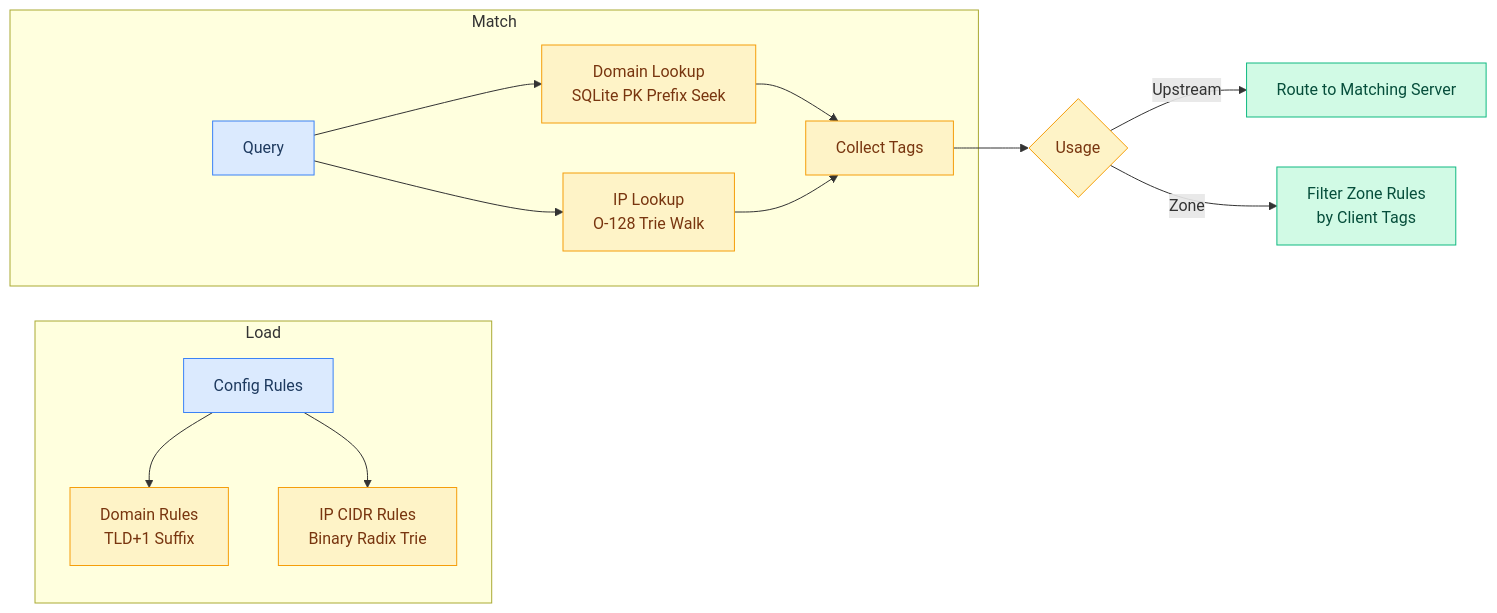
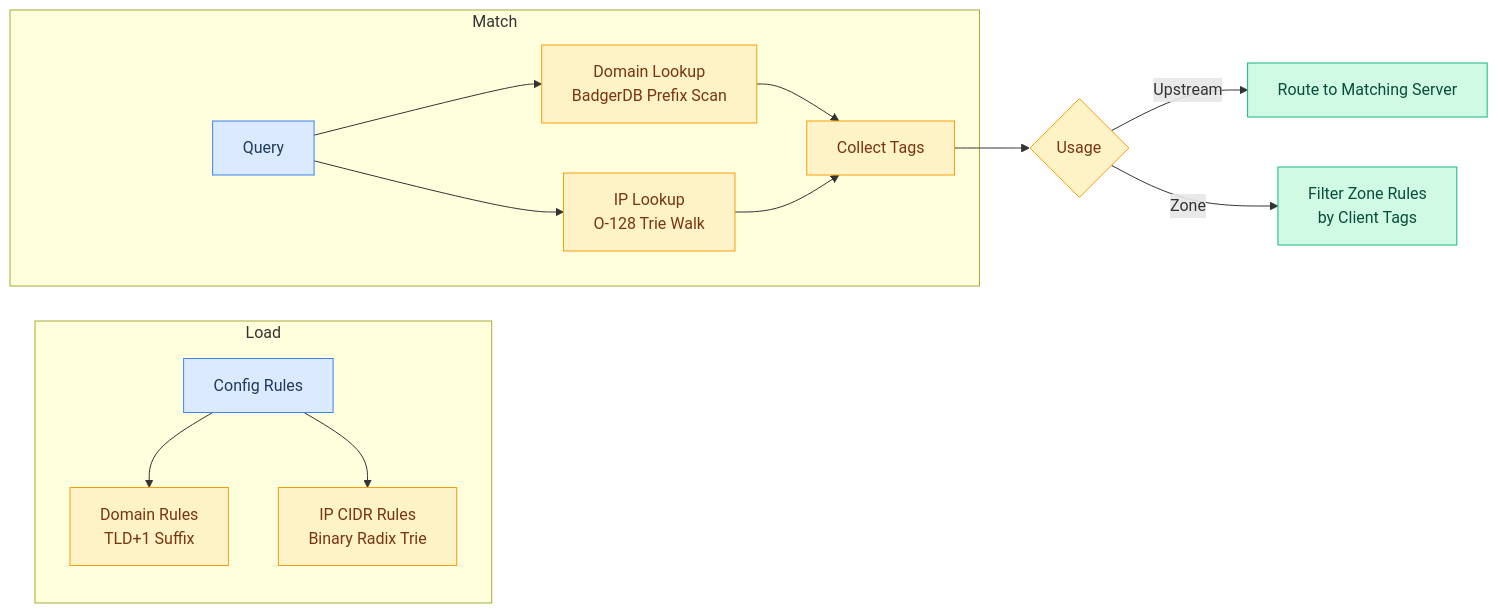
One commit to hezhijie0327/ZJDNS changed diagram 18 of 26 in docs/FLOWCHARTS.md. Above: the diagram before and after it, drawn with Mermaid. The commit also changed other lines of this file and 66 other files, not shown here.

Commit message:
refactor: replace SQLite with BadgerDB v4 as unified storage engine

````diff
--- a/docs/FLOWCHARTS.md
+++ b/docs/FLOWCHARTS.md
@@ -460,22 +460,22 @@
 ```mermaid
 graph LR
     subgraph Load
         CFG[Config Rules] --> DOM[Domain Rules<br/>TLD+1 Suffix]
         CFG --> IP[IP CIDR Rules<br/>Binary Radix Trie]
     end
     subgraph Match
-        Q[Query] --> DOMQ[Domain Lookup<br/>SQLite PK Prefix Seek]
+        Q[Query] --> DOMQ[Domain Lookup<br/>BadgerDB Prefix Scan]
         Q --> IPQ[IP Lookup<br/>O-128 Trie Walk]
         DOMQ --> TAGS[Collect Tags]
         IPQ --> TAGS
     end
     TAGS --> USE{Usage}
     USE -->|Upstream| ROUTE[Route to Matching Server]
     USE -->|Zone| FILTER[Filter Zone Rules<br/>by Client Tags]
     classDef start fill:#dbeafe,stroke:#3b82f6,color:#1e3a5f
     classDef proc fill:#fef3c7,stroke:#f59e0b,color:#78350f
     classDef out fill:#d1fae5,stroke:#10b981,color:#064e3b
     class CFG,Q start
     class DOM,IP,DOMQ,IPQ,TAGS,USE proc
     class ROUTE,FILTER out
 ```
````
